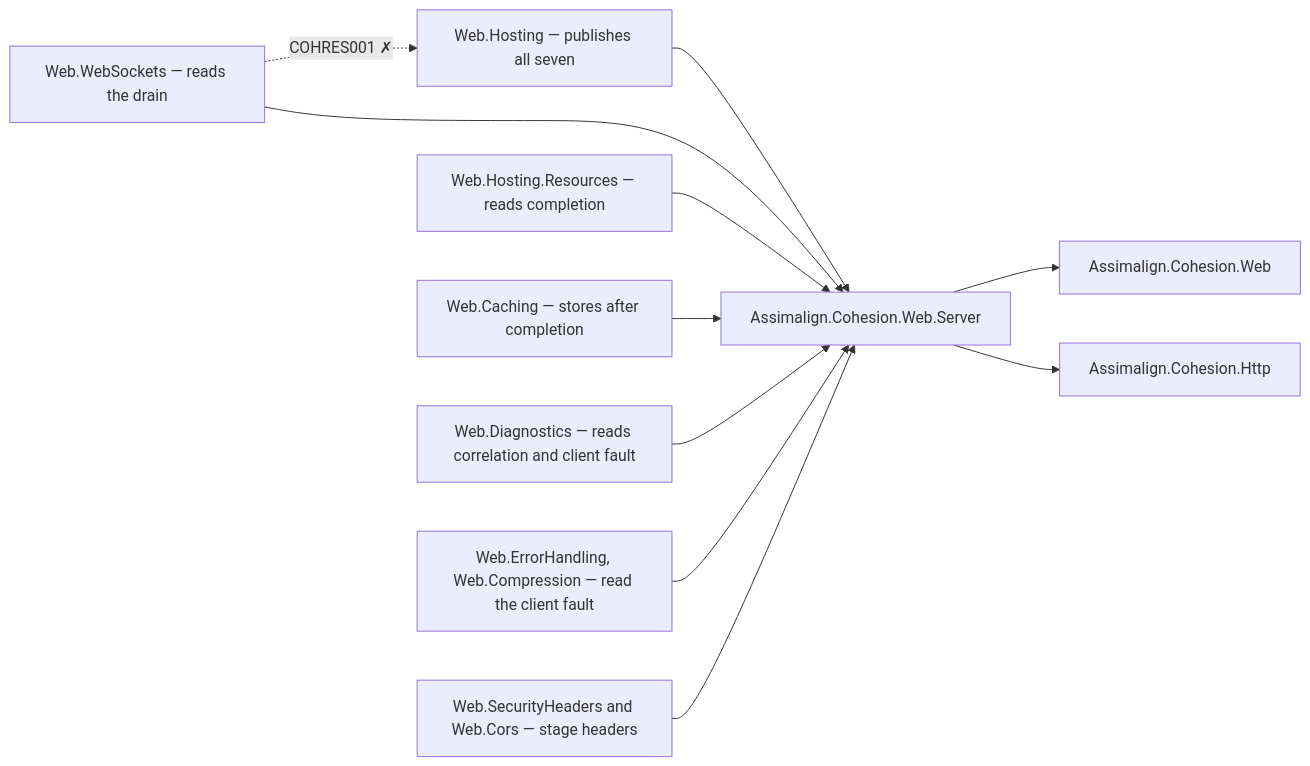
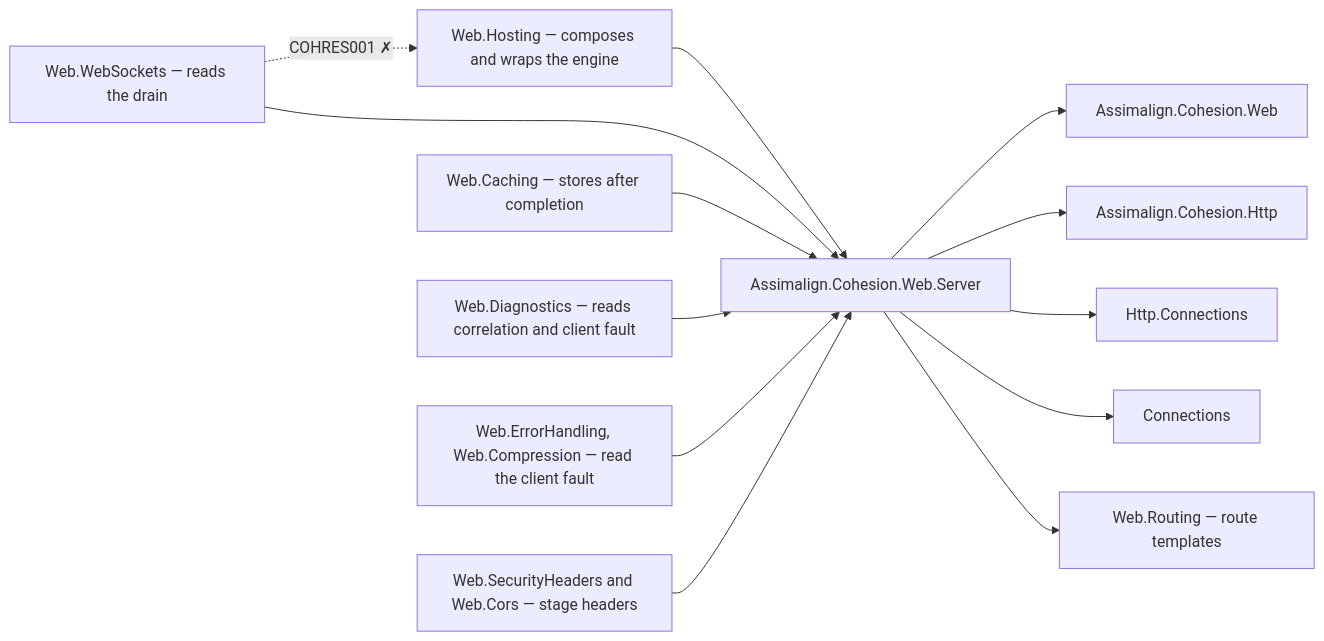
Before and after one commit to assimalign/cohesion-docs: the first of 4 diagrams in docs/dotnet-apis/resources/web/assimalign-cohesion-web-server/design.md, drawn with Mermaid. The commit also changed other lines of this file and 194 other files, not shown here.

````diff
--- a/docs/dotnet-apis/resources/web/assimalign-cohesion-web-server/design.md
+++ b/docs/dotnet-apis/resources/web/assimalign-cohesion-web-server/design.md
@@ -32,13 +33,15 @@
 ```mermaid
 flowchart LR
     Server["Assimalign.Cohesion.Web.Server"] --> Root["Assimalign.Cohesion.Web"]
     Server --> Http["Assimalign.Cohesion.Http"]
-    Hosting["Web.Hosting — publishes all seven"] --> Server
+    Hosting["Web.Hosting — composes and wraps the engine"] --> Server
+    Server --> HttpConnections["Http.Connections"]
+    Server --> Connections["Connections"]
+    Server --> Routing["Web.Routing — route templates"]
     WebSockets["Web.WebSockets — reads the drain"] --> Server
-    Resources["Web.Hosting.Resources — reads completion"] --> Server
     Caching["Web.Caching — stores after completion"] --> Server
     Logging["Web.Diagnostics — reads correlation and client fault"] --> Server
     Faults["Web.ErrorHandling, Web.Compression — read the client fault"] --> Server
     Headers["Web.SecurityHeaders and Web.Cors — stage headers"] --> Server
     WebSockets -.->|"COHRES001 ✗"| Hosting
 ```
````
